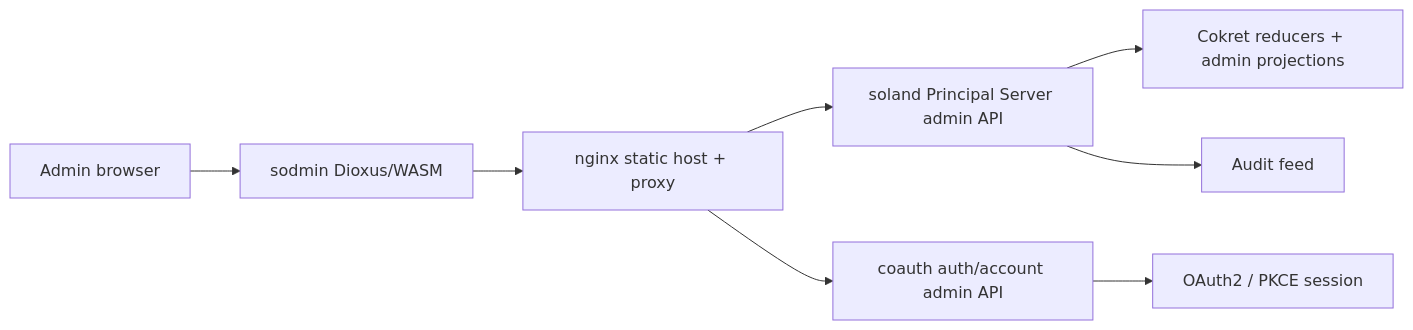
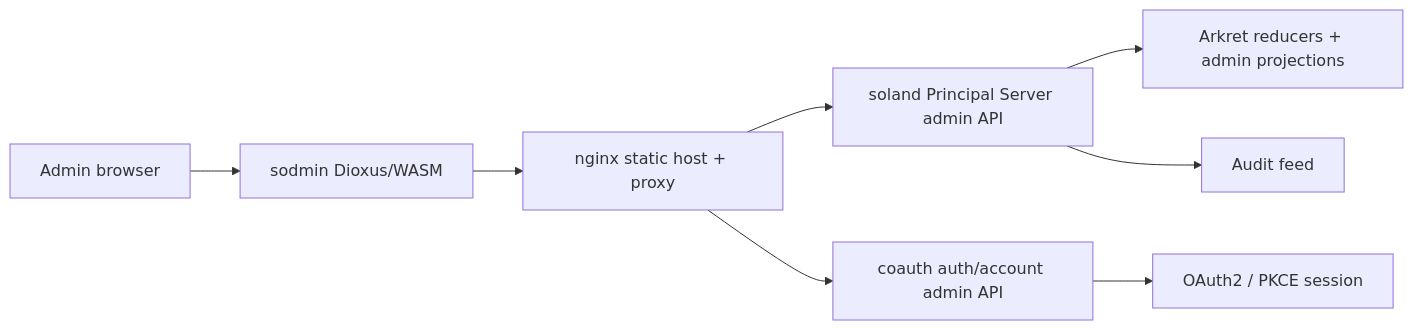
Before and after one commit to arkret-org/sodmin: the diagram in README.md, drawn with Mermaid. The commit also changed other lines of this file and 45 other files, not shown here.

Commit message:
rename cokret -> arkret

````diff
--- a/README.md
+++ b/README.md
@@ -35,10 +35,10 @@
 ```mermaid
 flowchart LR
   Browser["Admin browser"] --> Sodmin["sodmin Dioxus/WASM"]
   Sodmin --> Nginx["nginx static host + proxy"]
   Nginx --> Soland["soland Principal Server admin API"]
   Nginx --> Coauth["coauth auth/account admin API"]
   Coauth --> OAuth["OAuth2 / PKCE session"]
-  Soland --> Reducers["Cokret reducers + admin projections"]
+  Soland --> Reducers["Arkret reducers + admin projections"]
   Soland --> Audit["Audit feed"]
 ```
````
